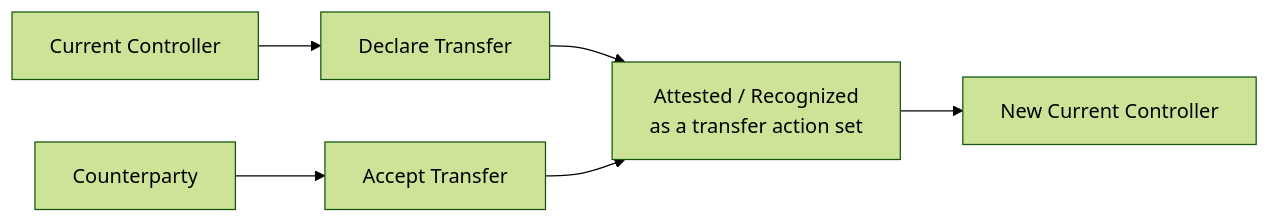
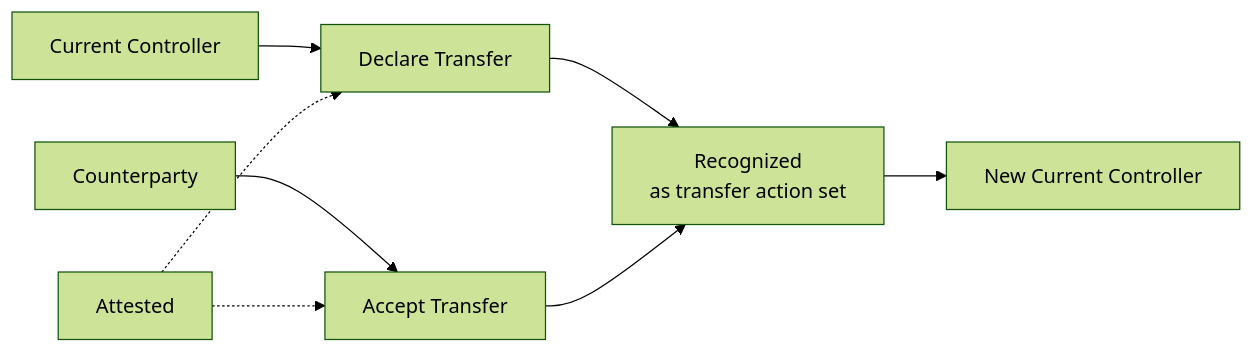
One commit to trbouma/openetr changed the third of 7 diagrams in docs/specs/CANONICAL_ETR_TRANSACTION_INFOGRAPHIC.md. Above: the diagram before and after it, drawn with Mermaid (forest theme). The commit also changed other lines of this file, not shown here.

Commit message:
update diagram

````diff
--- a/docs/specs/CANONICAL_ETR_TRANSACTION_INFOGRAPHIC.md
+++ b/docs/specs/CANONICAL_ETR_TRANSACTION_INFOGRAPHIC.md
@@ -41,8 +46,10 @@
 ```mermaid
 flowchart LR
     A["Current Controller"] --> B["Declare Transfer"]
     C["Counterparty"] --> D["Accept Transfer"]
-    B --> E["Attested / Recognized<br>as a transfer action set"]
+    B --> E["Recognized<br>as transfer action set"]
     D --> E
-    E --> F["New Current Controller"]
+    F["Attested"] -.-> B
+    F -.-> D
+    E --> G["New Current Controller"]
 ```
````
